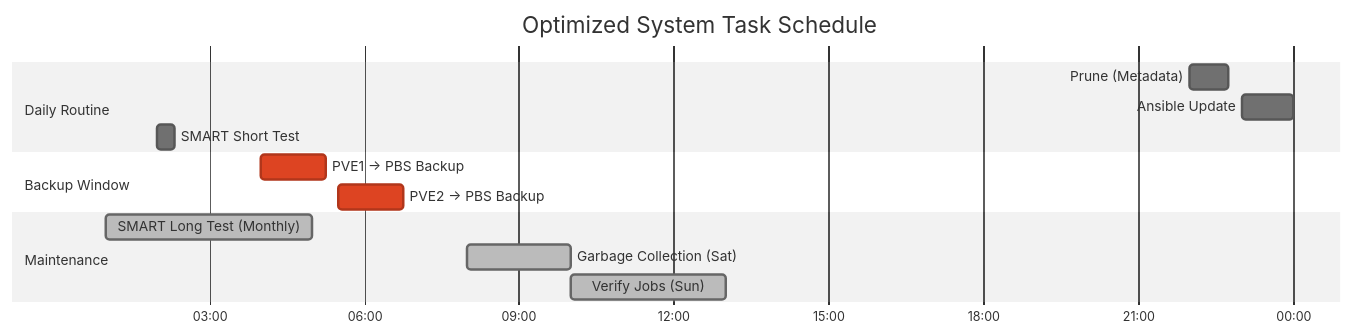
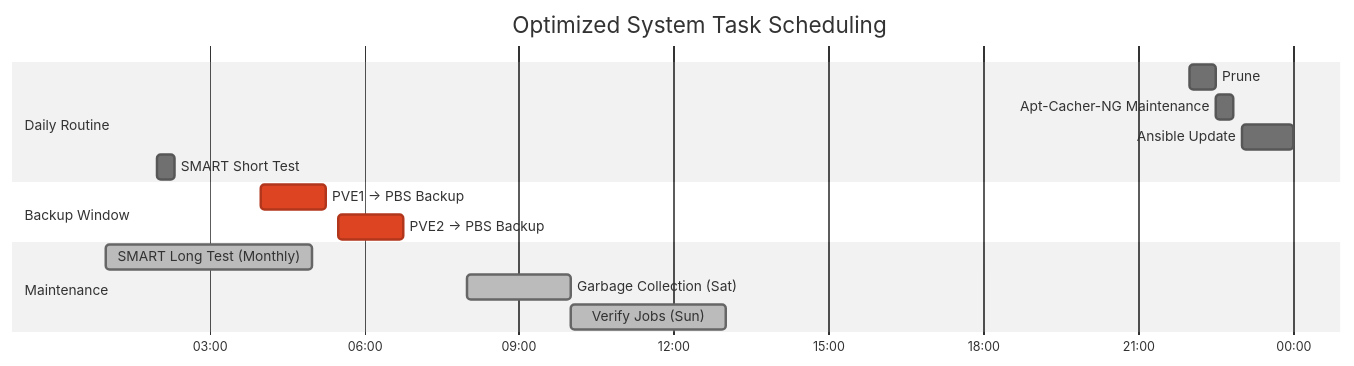
Before and after one commit to torokrolf/homelab: the second of 2 diagrams in 13-Design_Decisions/README.md, drawn with Mermaid (neutral theme).

````diff
--- a/13-Design_Decisions/README.md
+++ b/13-Design_Decisions/README.md
@@ -132,21 +132,22 @@
 ```mermaid
 gantt
-    title Optimized System Task Schedule
+    title Optimized System Task Scheduling
     dateFormat  HH:mm
     axisFormat  %H:%M
     todayMarker off
 
     section Daily Routine
-    Prune (Metadata)             : 22:00, 45m
+    Prune                        : 22:00, 30m
+    Apt-Cacher-NG Maintenance    : 22:30, 20m
     Ansible Update               : 23:00, 60m
     SMART Short Test             : 02:00, 20m
 
     section Backup Window
     PVE1 -> PBS Backup           :crit, 04:00, 75m
     PVE2 -> PBS Backup           :crit, 05:30, 75m
 
     section Maintenance
     SMART Long Test (Monthly)    :done, 01:00, 4h
     Garbage Collection (Sat)     :done, 08:00, 2h
     Verify Jobs (Sun)            :done, 10:00, 3h
 ```
````
